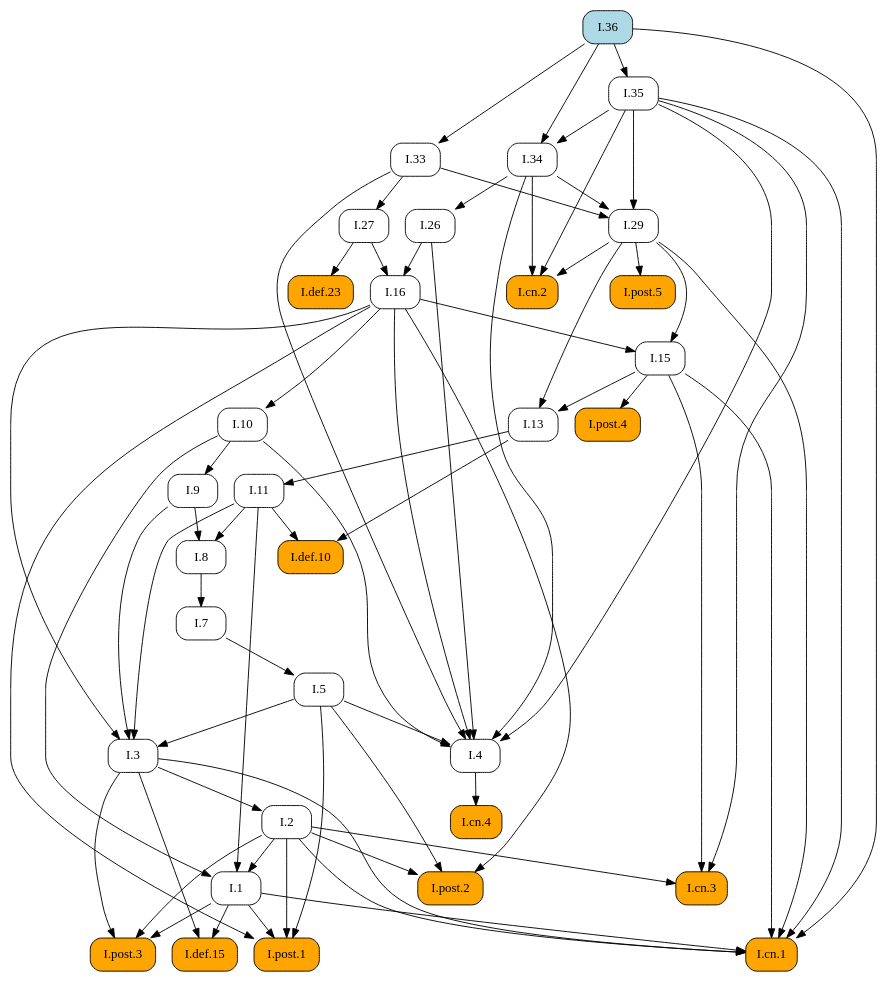
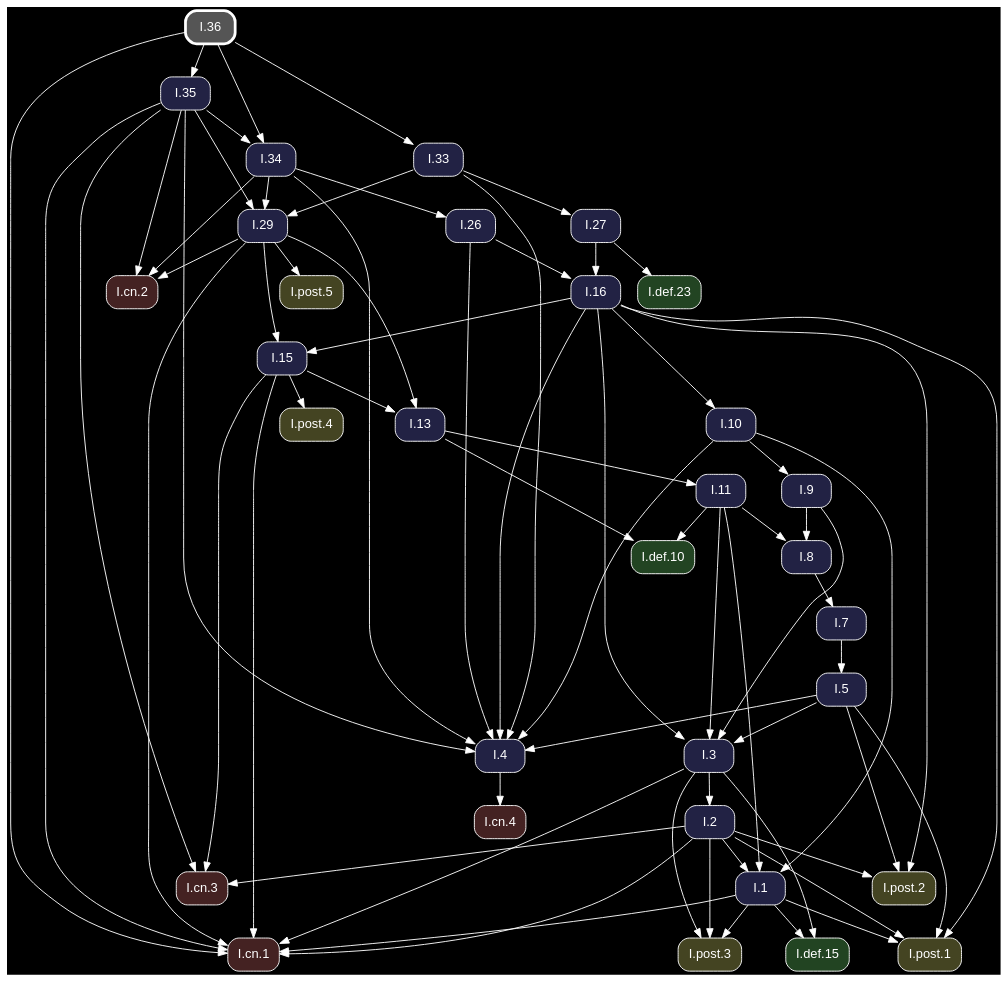
The diagram in docsrc/heath/I/36/index.rst (geometor/elements), drawn with Graphviz before and after one commit. The commit also changed other lines of this file and 1200 other files, not shown here.

Commit message:
update dependency graphs

```diff
--- a/docsrc/heath/I/36/index.rst
+++ b/docsrc/heath/I/36/index.rst
@@ -40,43 +40,50 @@
 .. graphviz::
 
    digraph {
+     bgcolor="black";
+     node [shape=box, style="rounded,filled", fontname="Helvetica", color="white", fontcolor="white"];
+     edge [color="white", fontcolor="white"];
      rankdir="TB";
-     node [shape=box, style=rounded];
-     "I.35" [URL="/heath/I/35/", target="_top"];
-     "I.9" [URL="/heath/I/9/", target="_top"];
-     "I.33" [URL="/heath/I/33/", target="_top"];
-     "I.cn.1" [style="rounded,filled", fillcolor=orange, URL="/heath/I/cn.1/", target="_top"];
-     "I.7" [URL="/heath/I/7/", target="_top"];
-     "I.2" [URL="/heath/I/2/", target="_top"];
-     "I.def.15" [style="rounded,filled", fillcolor=orange, URL="/heath/I/def.15/", target="_top"];
-     "I.36" [style="rounded,filled", fillcolor=lightblue, URL="/heath/I/36/", target="_top"];
-     "I.13" [URL="/heath/I/13/", target="_top"];
-     "I.post.4" [style="rounded,filled", fillcolor=orange, URL="/heath/I/post.4/", target="_top"];
-     "I.4" [URL="/heath/I/4/", target="_top"];
-     "I.1" [URL="/heath/I/1/", target="_top"];
-     "I.post.3" [style="rounded,filled", fillcolor=orange, URL="/heath/I/post.3/", target="_top"];
-     "I.post.1" [style="rounded,filled", fillcolor=orange, URL="/heath/I/post.1/", target="_top"];
-     "I.5" [URL="/heath/I/5/", target="_top"];
-     "I.8" [URL="/heath/I/8/", target="_top"];
-     "I.cn.3" [style="rounded,filled", fillcolor=orange, URL="/heath/I/cn.3/", target="_top"];
-     "I.29" [URL="/heath/I/29/", target="_top"];
-     "I.16" [URL="/heath/I/16/", target="_top"];
-     "I.def.10" [style="rounded,filled", fillcolor=orange, URL="/heath/I/def.10/", target="_top"];
-     "I.15" [URL="/heath/I/15/", target="_top"];
-     "I.10" [URL="/heath/I/10/", target="_top"];
-     "I.11" [URL="/heath/I/11/", target="_top"];
-     "I.def.23" [style="rounded,filled", fillcolor=orange, URL="/heath/I/def.23/", target="_top"];
-     "I.cn.2" [style="rounded,filled", fillcolor=orange, URL="/heath/I/cn.2/", target="_top"];
-     "I.27" [URL="/heath/I/27/", target="_top"];
-     "I.post.5" [style="rounded,filled", fillcolor=orange, URL="/heath/I/post.5/", target="_top"];
-     "I.cn.4" [style="rounded,filled", fillcolor=orange, URL="/heath/I/cn.4/", target="_top"];
-     "I.post.2" [style="rounded,filled", fillcolor=orange, URL="/heath/I/post.2/", target="_top"];
-     "I.26" [URL="/heath/I/26/", target="_top"];
-     "I.34" [URL="/heath/I/34/", target="_top"];
-     "I.3" [URL="/heath/I/3/", target="_top"];
-     "I.36" -> "I.35";
-     "I.10" -> "I.9";
-     "I.36" -> "I.33";
+     "I.3" [fillcolor="#222244", URL="/heath/I/3/", target="_top"];
+     "I.post.1" [fillcolor="#444422", URL="/heath/I/post.1/", target="_top"];
+     "I.cn.1" [fillcolor="#442222", URL="/heath/I/cn.1/", target="_top"];
+     "I.def.10" [fillcolor="#224422", URL="/heath/I/def.10/", target="_top"];
+     "I.15" [fillcolor="#222244", URL="/heath/I/15/", target="_top"];
+     "I.11" [fillcolor="#222244", URL="/heath/I/11/", target="_top"];
+     "I.16" [fillcolor="#222244", URL="/heath/I/16/", target="_top"];
+     "I.cn.3" [fillcolor="#442222", URL="/heath/I/cn.3/", target="_top"];
+     "I.13" [fillcolor="#222244", URL="/heath/I/13/", target="_top"];
+     "I.27" [fillcolor="#222244", URL="/heath/I/27/", target="_top"];
+     "I.36" [penwidth=3, color="white", fillcolor="#555555", URL="/heath/I/36/", target="_top"];
+     "I.2" [fillcolor="#222244", URL="/heath/I/2/", target="_top"];
+     "I.29" [fillcolor="#222244", URL="/heath/I/29/", target="_top"];
+     "I.cn.2" [fillcolor="#442222", URL="/heath/I/cn.2/", target="_top"];
+     "I.post.2" [fillcolor="#444422", URL="/heath/I/post.2/", target="_top"];
+     "I.cn.4" [fillcolor="#442222", URL="/heath/I/cn.4/", target="_top"];
+     "I.def.23" [fillcolor="#224422", URL="/heath/I/def.23/", target="_top"];
+     "I.9" [fillcolor="#222244", URL="/heath/I/9/", target="_top"];
+     "I.35" [fillcolor="#222244", URL="/heath/I/35/", target="_top"];
+     "I.1" [fillcolor="#222244", URL="/heath/I/1/", target="_top"];
+     "I.post.5" [fillcolor="#444422", URL="/heath/I/post.5/", target="_top"];
+     "I.post.4" [fillcolor="#444422", URL="/heath/I/post.4/", target="_top"];
+     "I.26" [fillcolor="#222244", URL="/heath/I/26/", target="_top"];
+     "I.8" [fillcolor="#222244", URL="/heath/I/8/", target="_top"];
+     "I.4" [fillcolor="#222244", URL="/heath/I/4/", target="_top"];
+     "I.post.3" [fillcolor="#444422", URL="/heath/I/post.3/", target="_top"];
+     "I.33" [fillcolor="#222244", URL="/heath/I/33/", target="_top"];
+     "I.34" [fillcolor="#222244", URL="/heath/I/34/", target="_top"];
+     "I.7" [fillcolor="#222244", URL="/heath/I/7/", target="_top"];
+     "I.def.15" [fillcolor="#224422", URL="/heath/I/def.15/", target="_top"];
+     "I.5" [fillcolor="#222244", URL="/heath/I/5/", target="_top"];
+     "I.10" [fillcolor="#222244", URL="/heath/I/10/", target="_top"];
+     "I.5" -> "I.3";
+     "I.9" -> "I.3";
+     "I.11" -> "I.3";
+     "I.16" -> "I.3";
+     "I.1" -> "I.post.1";
+     "I.2" -> "I.post.1";
+     "I.5" -> "I.post.1";
+     "I.16" -> "I.post.1";
      "I.1" -> "I.cn.1";
      "I.2" -> "I.cn.1";
      "I.3" -> "I.cn.1";
@@ -84,13 +91,41 @@
      "I.29" -> "I.cn.1";
      "I.35" -> "I.cn.1";
      "I.36" -> "I.cn.1";
-     "I.8" -> "I.7";
-     "I.3" -> "I.2";
-     "I.1" -> "I.def.15";
-     "I.3" -> "I.def.15";
+     "I.11" -> "I.def.10";
+     "I.13" -> "I.def.10";
+     "I.16" -> "I.15";
+     "I.29" -> "I.15";
+     "I.13" -> "I.11";
+     "I.26" -> "I.16";
+     "I.27" -> "I.16";
+     "I.2" -> "I.cn.3";
+     "I.15" -> "I.cn.3";
+     "I.35" -> "I.cn.3";
      "I.15" -> "I.13";
      "I.29" -> "I.13";
+     "I.33" -> "I.27";
+     "I.3" -> "I.2";
+     "I.33" -> "I.29";
+     "I.34" -> "I.29";
+     "I.35" -> "I.29";
+     "I.29" -> "I.cn.2";
+     "I.34" -> "I.cn.2";
+     "I.35" -> "I.cn.2";
+     "I.2" -> "I.post.2";
+     "I.5" -> "I.post.2";
+     "I.16" -> "I.post.2";
+     "I.4" -> "I.cn.4";
+     "I.27" -> "I.def.23";
+     "I.10" -> "I.9";
+     "I.36" -> "I.35";
+     "I.2" -> "I.1";
+     "I.10" -> "I.1";
+     "I.11" -> "I.1";
+     "I.29" -> "I.post.5";
      "I.15" -> "I.post.4";
+     "I.34" -> "I.26";
+     "I.9" -> "I.8";
+     "I.11" -> "I.8";
      "I.5" -> "I.4";
      "I.10" -> "I.4";
      "I.16" -> "I.4";
@@ -98,48 +133,15 @@
      "I.33" -> "I.4";
      "I.34" -> "I.4";
      "I.35" -> "I.4";
-     "I.2" -> "I.1";
-     "I.10" -> "I.1";
-     "I.11" -> "I.1";
      "I.1" -> "I.post.3";
      "I.2" -> "I.post.3";
      "I.3" -> "I.post.3";
-     "I.1" -> "I.post.1";
-     "I.2" -> "I.post.1";
-     "I.5" -> "I.post.1";
-     "I.16" -> "I.post.1";
-     "I.7" -> "I.5";
-     "I.9" -> "I.8";
-     "I.11" -> "I.8";
-     "I.2" -> "I.cn.3";
-     "I.15" -> "I.cn.3";
-     "I.35" -> "I.cn.3";
-     "I.33" -> "I.29";
-     "I.34" -> "I.29";
-     "I.35" -> "I.29";
-     "I.26" -> "I.16";
-     "I.27" -> "I.16";
-     "I.11" -> "I.def.10";
-     "I.13" -> "I.def.10";
-     "I.16" -> "I.15";
-     "I.29" -> "I.15";
-     "I.16" -> "I.10";
-     "I.13" -> "I.11";
-     "I.27" -> "I.def.23";
-     "I.29" -> "I.cn.2";
-     "I.34" -> "I.cn.2";
-     "I.35" -> "I.cn.2";
-     "I.33" -> "I.27";
-     "I.29" -> "I.post.5";
-     "I.4" -> "I.cn.4";
-     "I.2" -> "I.post.2";
-     "I.5" -> "I.post.2";
-     "I.16" -> "I.post.2";
-     "I.34" -> "I.26";
+     "I.36" -> "I.33";
      "I.35" -> "I.34";
      "I.36" -> "I.34";
-     "I.5" -> "I.3";
-     "I.9" -> "I.3";
-     "I.11" -> "I.3";
-     "I.16" -> "I.3";
+     "I.8" -> "I.7";
+     "I.1" -> "I.def.15";
+     "I.3" -> "I.def.15";
+     "I.7" -> "I.5";
+     "I.16" -> "I.10";
    }
```
